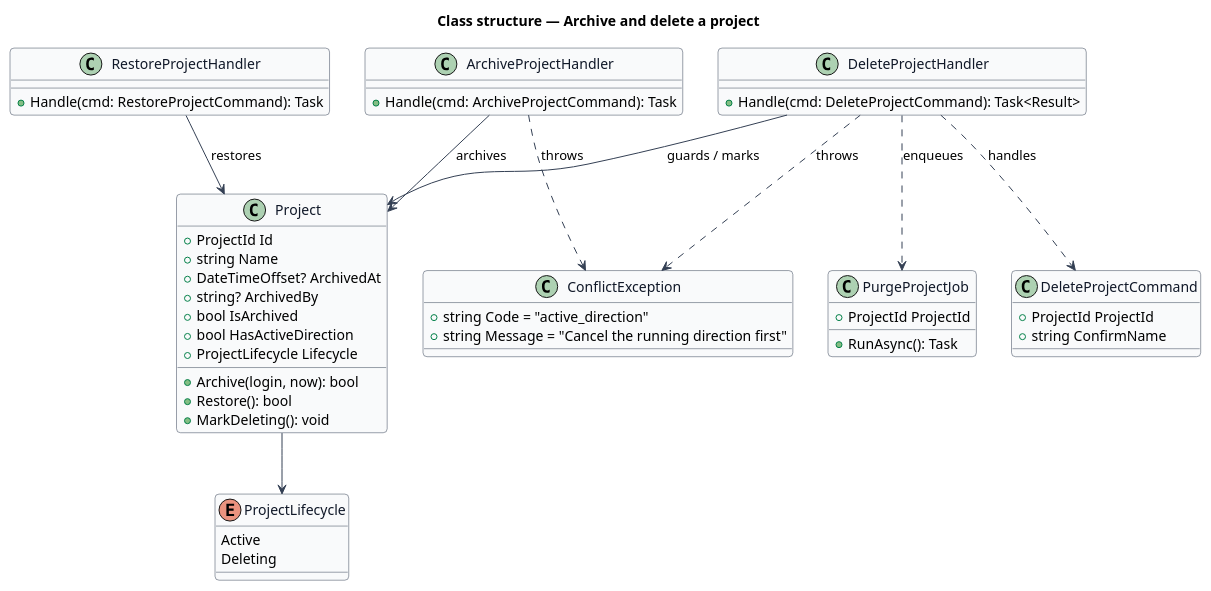
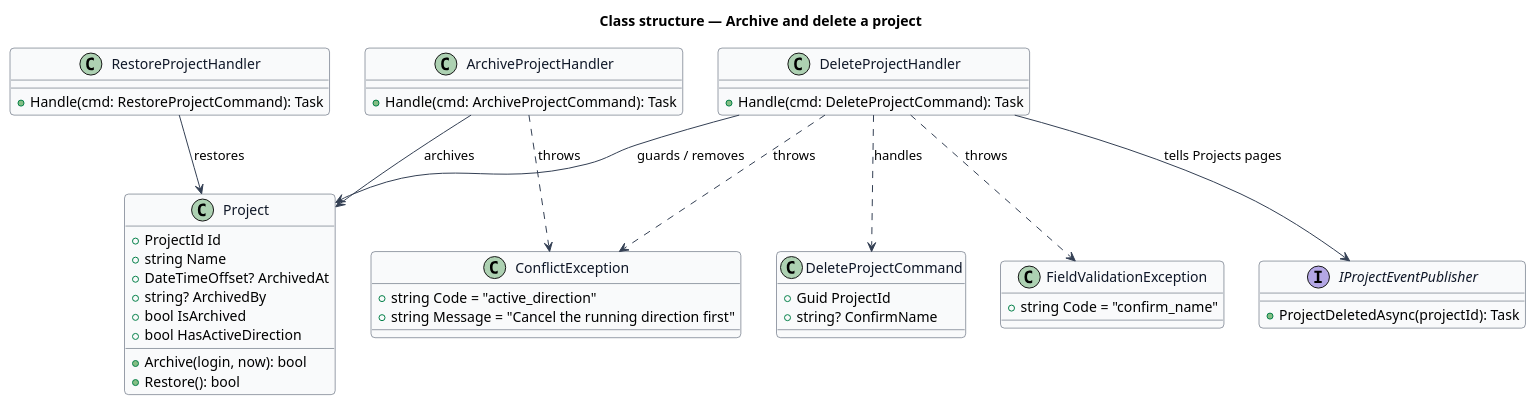
Before and after one commit to QuinntyneBrown/hewn: the diagram in docs/detailed-designs/projects/archive-and-delete-project/diagrams/class-structure.puml, drawn with PlantUML. The commit also changed 51 other files, not shown here.

First line of the commit message:
Delete a project (journey 31, L2-003) (#39)

```diff
--- a/docs/detailed-designs/projects/archive-and-delete-project/diagrams/class-structure.puml
+++ b/docs/detailed-designs/projects/archive-and-delete-project/diagrams/class-structure.puml
@@ -1,59 +1,55 @@
 @startuml
 skinparam backgroundColor #FFFFFF
 skinparam shadowing false
 skinparam roundcorner 8
 skinparam defaultFontName Arial
 skinparam ArrowColor #344054
 skinparam class {
   BorderColor #344054
   FontColor #101828
   BackgroundColor #F9FAFB
 }
 title Class structure — Archive and delete a project
 
 class Project {
   +ProjectId Id
   +string Name
   +DateTimeOffset? ArchivedAt
   +string? ArchivedBy
   +bool IsArchived
   +bool HasActiveDirection
-  +ProjectLifecycle Lifecycle
   +Archive(login, now): bool
   +Restore(): bool
-  +MarkDeleting(): void
-}
-enum ProjectLifecycle {
-  Active
-  Deleting
 }
 class ConflictException {
   +string Code = "active_direction"
   +string Message = "Cancel the running direction first"
 }
 class DeleteProjectCommand {
-  +ProjectId ProjectId
-  +string ConfirmName
+  +Guid ProjectId
+  +string? ConfirmName
 }
 class DeleteProjectHandler {
-  +Handle(cmd: DeleteProjectCommand): Task<Result>
+  +Handle(cmd: DeleteProjectCommand): Task
+}
+class FieldValidationException {
+  +string Code = "confirm_name"
+}
+interface IProjectEventPublisher {
+  +ProjectDeletedAsync(projectId): Task
 }
 class ArchiveProjectHandler {
   +Handle(cmd: ArchiveProjectCommand): Task
 }
 class RestoreProjectHandler {
   +Handle(cmd: RestoreProjectCommand): Task
 }
-class PurgeProjectJob {
-  +ProjectId ProjectId
-  +RunAsync(): Task
-}
 DeleteProjectHandler ..> DeleteProjectCommand : handles
-DeleteProjectHandler --> Project : guards / marks
-DeleteProjectHandler ..> PurgeProjectJob : enqueues
+DeleteProjectHandler --> Project : guards / removes
+DeleteProjectHandler ..> FieldValidationException : throws
+DeleteProjectHandler --> IProjectEventPublisher : tells Projects pages
 ArchiveProjectHandler --> Project : archives
 RestoreProjectHandler --> Project : restores
 ArchiveProjectHandler ..> ConflictException : throws
 DeleteProjectHandler ..> ConflictException : throws
-Project --> ProjectLifecycle
 @enduml
```
